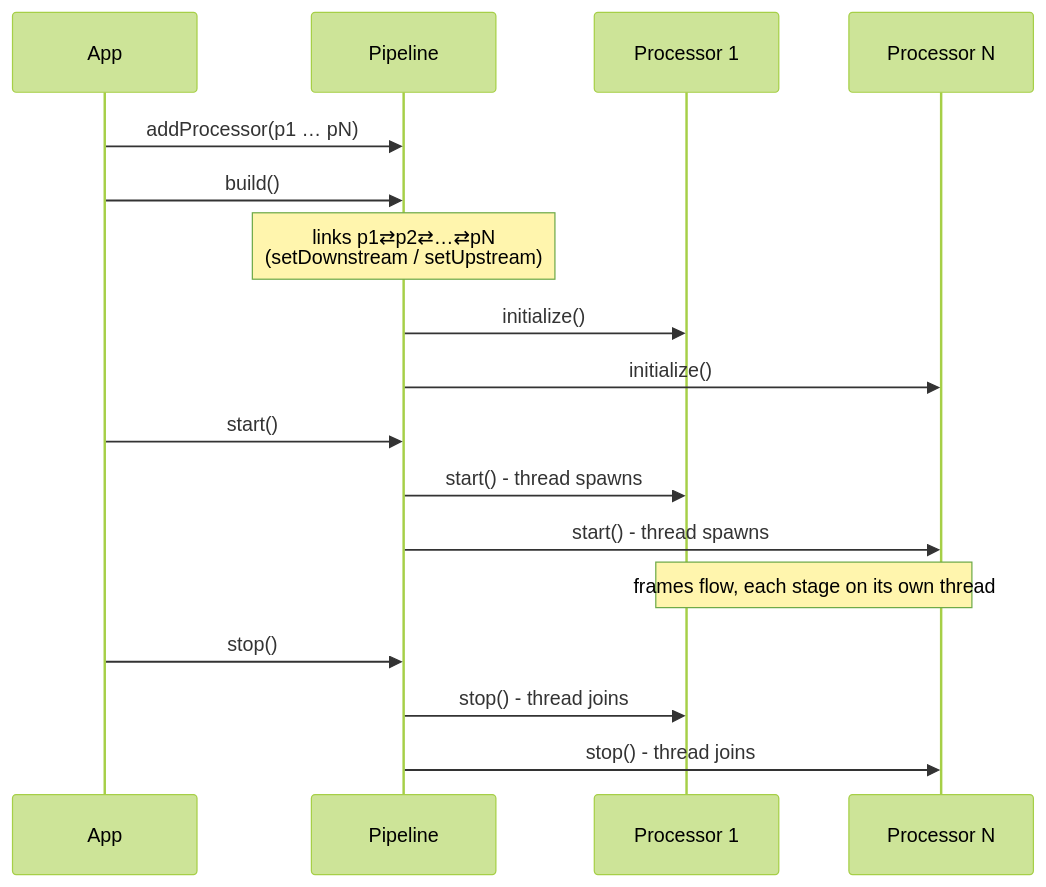
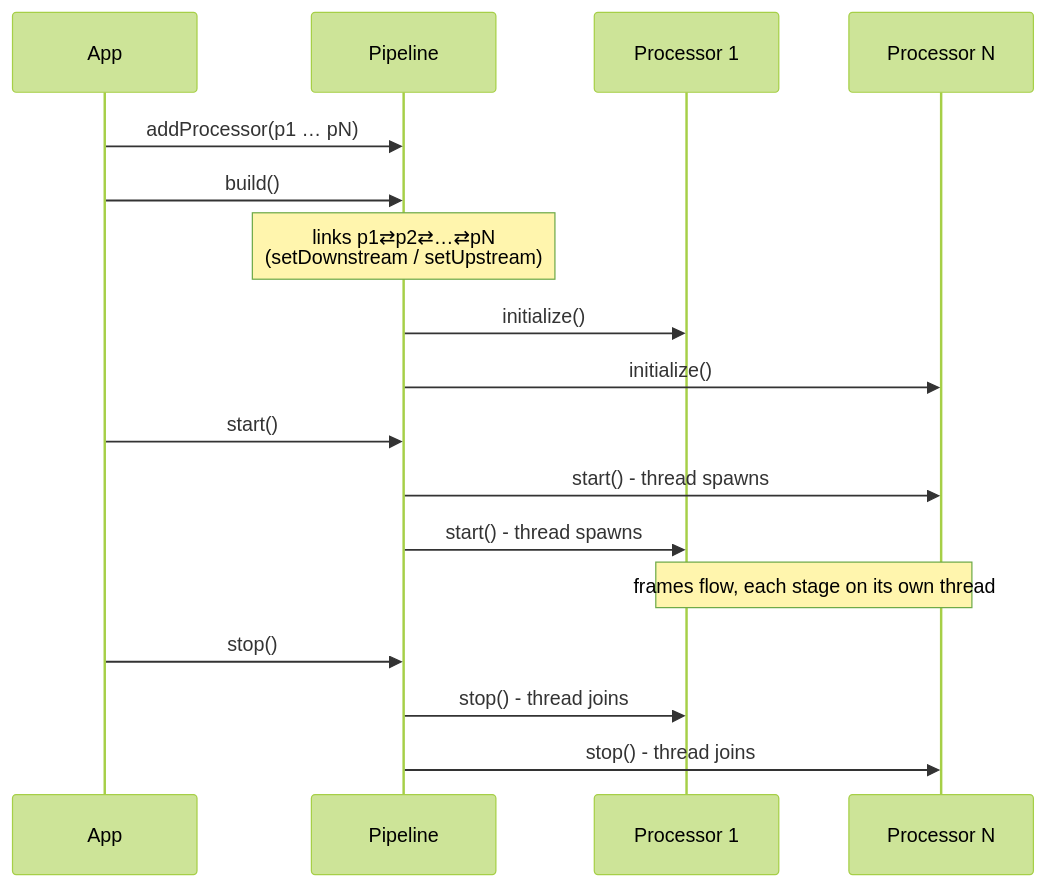
One commit to fatehmtd/VASDK changed the diagram in docs/reference/pipeline.md. Above: the diagram before and after it, drawn with Mermaid (forest theme). The commit also changed other lines of this file and 35 other files, not shown here.

````diff
--- a/docs/reference/pipeline.md
+++ b/docs/reference/pipeline.md
@@ -26,20 +26,20 @@
 ```mermaid
 sequenceDiagram
     participant App
     participant Pipeline
     participant P1 as Processor 1
     participant PN as Processor N
 
     App->>Pipeline: addProcessor(p1 … pN)
     App->>Pipeline: build()
     Note over Pipeline: links p1⇄p2⇄…⇄pN<br/>(setDownstream / setUpstream)
     Pipeline->>P1: initialize()
     Pipeline->>PN: initialize()
     App->>Pipeline: start()
+    Pipeline->>PN: start() - thread spawns
     Pipeline->>P1: start() - thread spawns
-    Pipeline->>PN: start() - thread spawns
     Note over P1,PN: frames flow, each stage on its own thread
     App->>Pipeline: stop()
     Pipeline->>P1: stop() - thread joins
     Pipeline->>PN: stop() - thread joins
 ```
````
